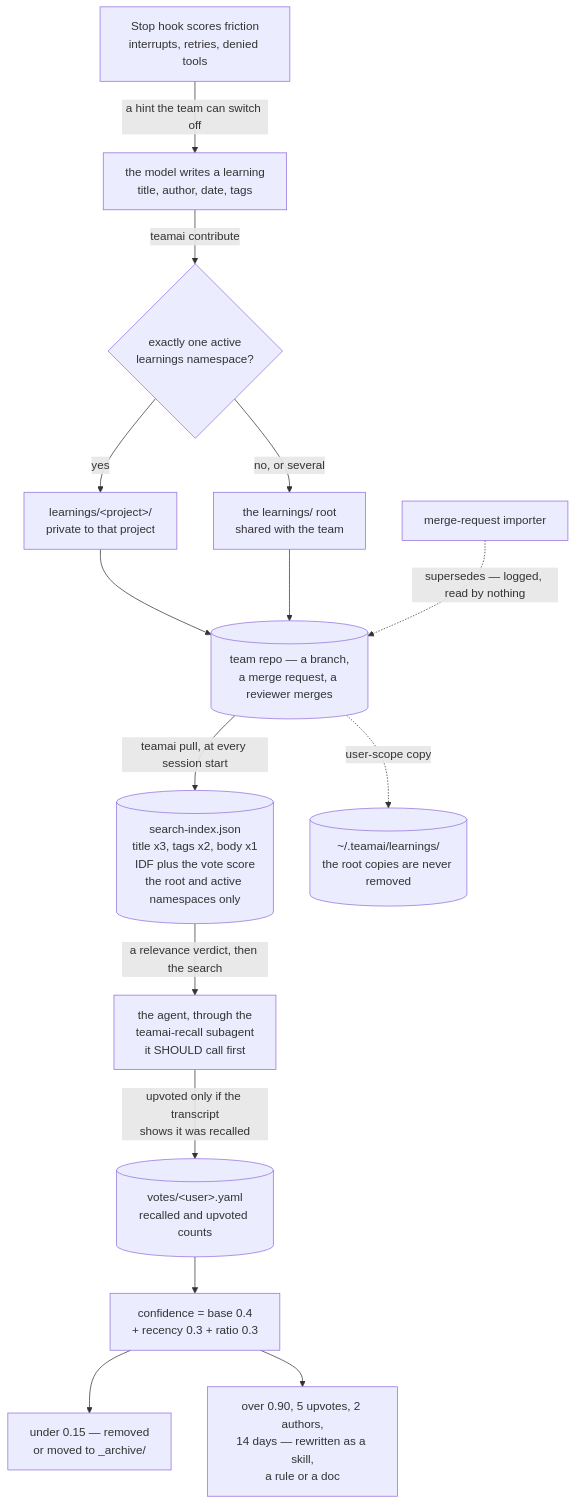
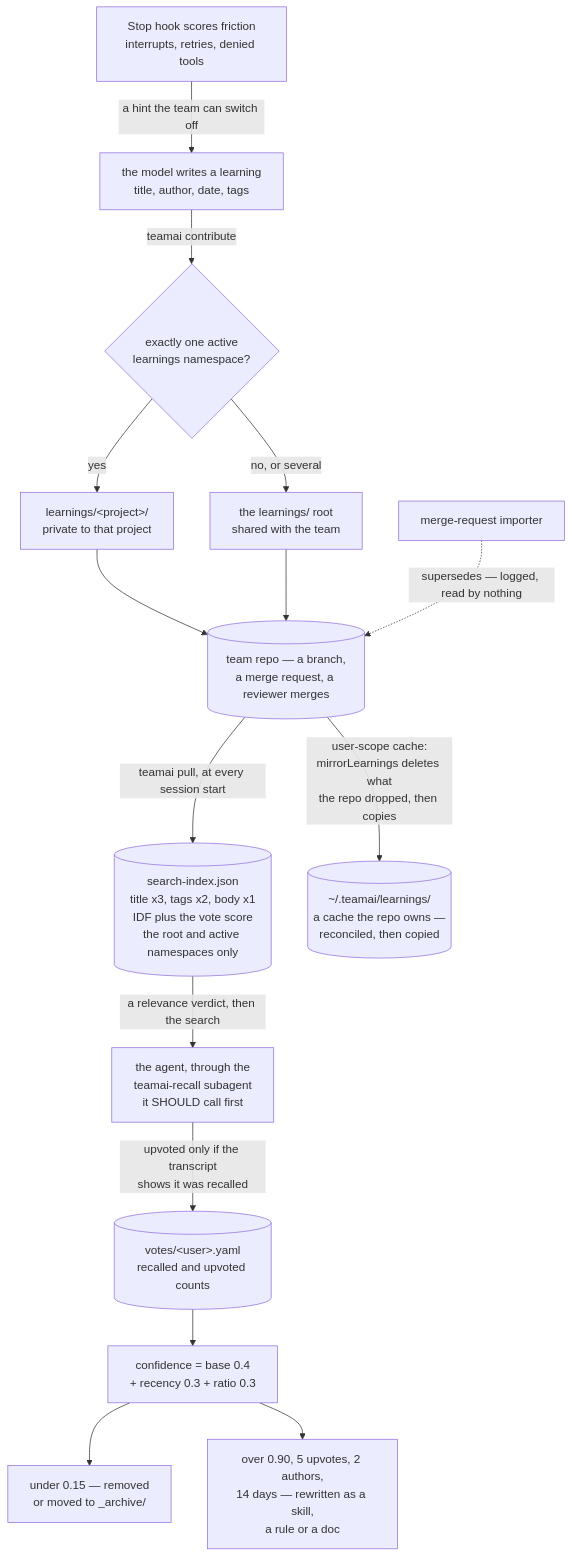
The diagram in content/systems/teamai-cli.md (neoneye/agent-memory-atlas), drawn with Mermaid before and after one commit. The commit also changed other lines of this file and 8 other files, not shown here.

````diff
--- a/content/systems/teamai-cli.md
+++ b/content/systems/teamai-cli.md
@@ -154,33 +176,33 @@
 ```mermaid
-%% caption: friction prompts a learning, contribute files it under a project namespace or at the shared root and opens a merge request, pull rebuilds an index over the root plus the member's active namespaces, a subagent the model is advised to call returns the hits, recalls and transcript-verified upvotes become a confidence that prunes or promotes, and two paths lead nowhere: the importer's supersession list and the user-scope copy that is never trimmed
+%% caption: friction prompts a learning, contribute files it under a project namespace or at the shared root and opens a merge request, pull rebuilds an index over the root plus the member's active namespaces, a subagent the model is advised to call returns the hits, recalls and transcript-verified upvotes become a confidence that prunes or promotes, the user-scope cache is reconciled against the repository so a prune reaches it, and one path leads nowhere: the importer's supersession list
 flowchart TB
     F["Stop hook scores friction<br/>interrupts, retries, denied tools"]
     M["the model writes a learning<br/>title, author, date, tags"]
     P{"exactly one active<br/>learnings namespace?"}
     NS["learnings/&lt;project&gt;/<br/>private to that project"]
     RT["the learnings/ root<br/>shared with the team"]
     R[("team repo — a branch,<br/>a merge request, a reviewer merges")]
     I[("search-index.json<br/>title x3, tags x2, body x1<br/>IDF plus the vote score<br/>the root and active namespaces only")]
     A["the agent, through the<br/>teamai-recall subagent<br/>it SHOULD call first"]
     V[("votes/&lt;user&gt;.yaml<br/>recalled and upvoted counts")]
     C["confidence = base 0.4<br/>+ recency 0.3 + ratio 0.3"]
     X["under 0.15 — removed<br/>or moved to _archive/"]
     S2["over 0.90, 5 upvotes, 2 authors,<br/>14 days — rewritten as a skill,<br/>a rule or a doc"]
-    U[("~/.teamai/learnings/<br/>the root copies are never removed")]
+    U[("~/.teamai/learnings/<br/>a cache the repo owns —<br/>reconciled, then copied")]
     MR["merge-request importer"]
 
     F -->|"a hint the team can switch off"| M
     M -->|"teamai contribute"| P
     P -- yes --> NS
     P -- "no, or several" --> RT
     NS --> R
     RT --> R
     R -->|"teamai pull, at every session start"| I
     I -->|"a relevance verdict, then the search"| A
     A -->|"upvoted only if the transcript<br/>shows it was recalled"| V
     V --> C
     C --> X
     C --> S2
     MR -.->|"supersedes — logged, read by nothing"| R
-    R -.->|"user-scope copy"| U
+    R -->|"user-scope cache:<br/>mirrorLearnings deletes what<br/>the repo dropped, then copies"| U
 ```
````
